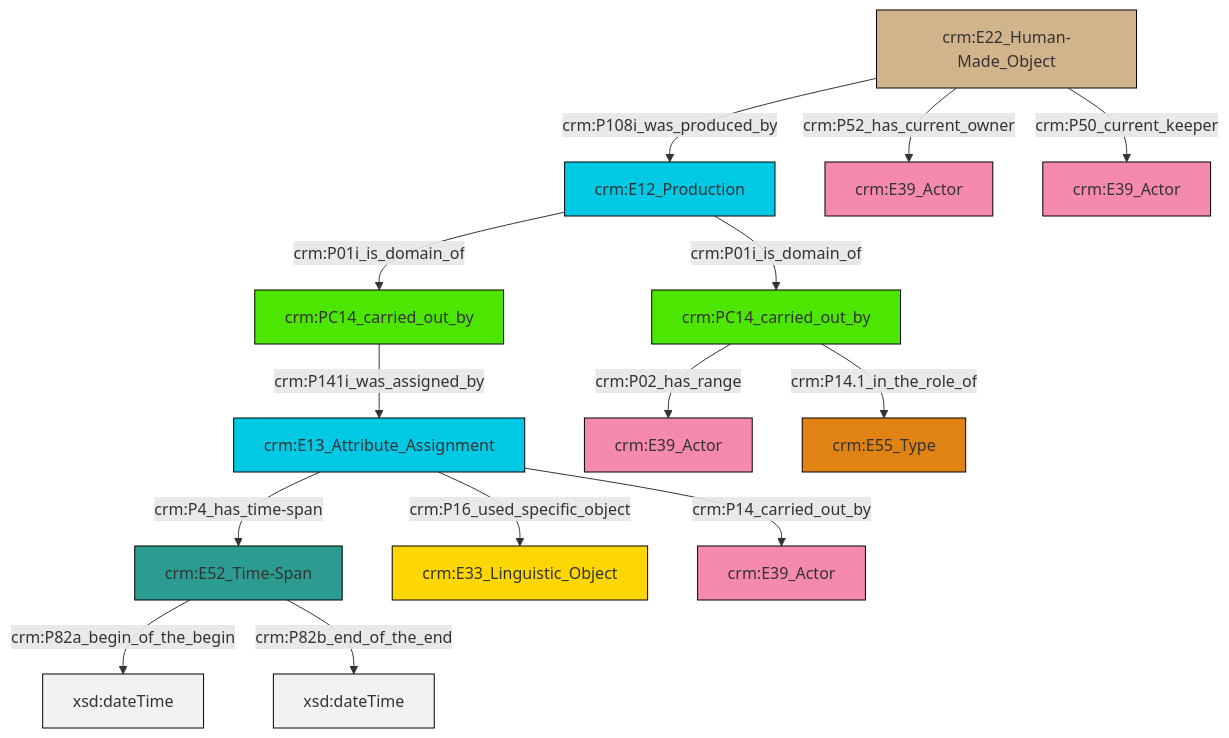
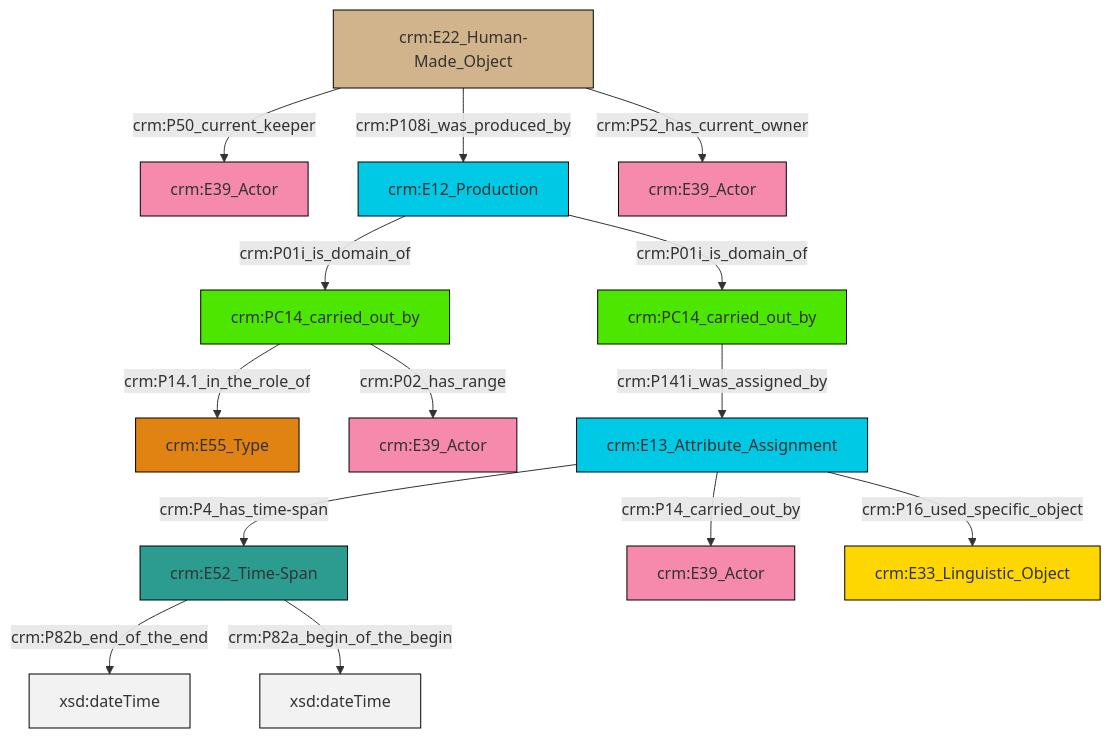
The diagram in et/carrierCSV/ttl/mmd/carrier_relations.ttl.mmd (swiss-art-research-net/docs.swissartresearch), drawn with Mermaid before and after one commit. The commit also changed 174 other files, not shown here.

```diff
--- a/et/carrierCSV/ttl/mmd/carrier_relations.ttl.mmd
+++ b/et/carrierCSV/ttl/mmd/carrier_relations.ttl.mmd
@@ -1,28 +1,28 @@
 graph TD
 classDef Literal fill:#f2f2f2,stroke:#000000;
 classDef CRM_Entity fill:#FFFFFF,stroke:#000000;
 classDef Temporal_Entity fill:#00C9E6, stroke:#000000;
 classDef Type fill:#E18312, stroke:#000000;
 classDef Time-Span fill:#2C9C91, stroke:#000000;
 classDef Appellation fill:#FFEB7F, stroke:#000000;
 classDef Place fill:#008836, stroke:#000000;
 classDef Persistent_Item fill:#B266B2, stroke:#000000;
 classDef Conceptual_Object fill:#FFD700, stroke:#000000;
 classDef Physical_Thing fill:#D2B48C, stroke:#000000;
 classDef Actor fill:#f58aad, stroke:#000000;
 classDef PC_Classes fill:#4ce600, stroke:#000000;
 classDef Multi fill:#cccccc,stroke:#000000;
 
-8["crm:E52_Time-Span"]:::Time-Span -->|crm:P82a_begin_of_the_begin| 9[xsd:dateTime]:::Literal
-10["crm:PC14_carried_out_by"]:::PC_Classes -->|crm:P141i_was_assigned_by| 0["crm:E13_Attribute_Assignment"]:::Temporal_Entity
-6["crm:E22_Human-Made_Object"]:::Physical_Thing -->|crm:P108i_was_produced_by| 2["crm:E12_Production"]:::Temporal_Entity
-0["crm:E13_Attribute_Assignment"]:::Temporal_Entity -->|crm:P16_used_specific_object| 17["crm:E33_Linguistic_Object"]:::Conceptual_Object
-2["crm:E12_Production"]:::Temporal_Entity -->|crm:P01i_is_domain_of| 10["crm:PC14_carried_out_by"]:::PC_Classes
-8["crm:E52_Time-Span"]:::Time-Span -->|crm:P82b_end_of_the_end| 18[xsd:dateTime]:::Literal
-6["crm:E22_Human-Made_Object"]:::Physical_Thing -->|crm:P52_has_current_owner| 4["crm:E39_Actor"]:::Actor
-0["crm:E13_Attribute_Assignment"]:::Temporal_Entity -->|crm:P4_has_time-span| 8["crm:E52_Time-Span"]:::Time-Span
-0["crm:E13_Attribute_Assignment"]:::Temporal_Entity -->|crm:P14_carried_out_by| 19["crm:E39_Actor"]:::Actor
-13["crm:PC14_carried_out_by"]:::PC_Classes -->|crm:P14.1_in_the_role_of| 22["crm:E55_Type"]:::Type
-6["crm:E22_Human-Made_Object"]:::Physical_Thing -->|crm:P50_current_keeper| 11["crm:E39_Actor"]:::Actor
-2["crm:E12_Production"]:::Temporal_Entity -->|crm:P01i_is_domain_of| 13["crm:PC14_carried_out_by"]:::PC_Classes
-13["crm:PC14_carried_out_by"]:::PC_Classes -->|crm:P02_has_range| 15["crm:E39_Actor"]:::Actor
+0["crm:E52_Time-Span"]:::Time-Span -->|crm:P82b_end_of_the_end| 1[xsd:dateTime]:::Literal
+2["crm:E22_Human-Made_Object"]:::Physical_Thing -->|crm:P50_current_keeper| 3["crm:E39_Actor"]:::Actor
+4["crm:PC14_carried_out_by"]:::PC_Classes -->|crm:P14.1_in_the_role_of| 5["crm:E55_Type"]:::Type
+7["crm:E12_Production"]:::Temporal_Entity -->|crm:P01i_is_domain_of| 8["crm:PC14_carried_out_by"]:::PC_Classes
+13["crm:E13_Attribute_Assignment"]:::Temporal_Entity -->|crm:P4_has_time-span| 0["crm:E52_Time-Span"]:::Time-Span
+2["crm:E22_Human-Made_Object"]:::Physical_Thing -->|crm:P108i_was_produced_by| 7["crm:E12_Production"]:::Temporal_Entity
+2["crm:E22_Human-Made_Object"]:::Physical_Thing -->|crm:P52_has_current_owner| 9["crm:E39_Actor"]:::Actor
+13["crm:E13_Attribute_Assignment"]:::Temporal_Entity -->|crm:P14_carried_out_by| 17["crm:E39_Actor"]:::Actor
+8["crm:PC14_carried_out_by"]:::PC_Classes -->|crm:P141i_was_assigned_by| 13["crm:E13_Attribute_Assignment"]:::Temporal_Entity
+7["crm:E12_Production"]:::Temporal_Entity -->|crm:P01i_is_domain_of| 4["crm:PC14_carried_out_by"]:::PC_Classes
+4["crm:PC14_carried_out_by"]:::PC_Classes -->|crm:P02_has_range| 11["crm:E39_Actor"]:::Actor
+13["crm:E13_Attribute_Assignment"]:::Temporal_Entity -->|crm:P16_used_specific_object| 21["crm:E33_Linguistic_Object"]:::Conceptual_Object
+0["crm:E52_Time-Span"]:::Time-Span -->|crm:P82a_begin_of_the_begin| 24[xsd:dateTime]:::Literal
```
